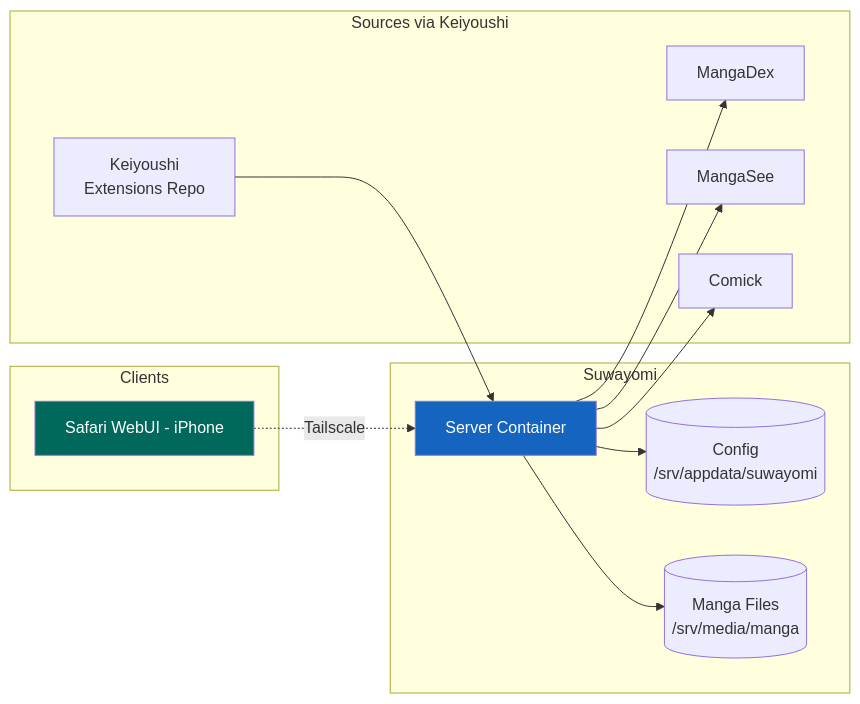
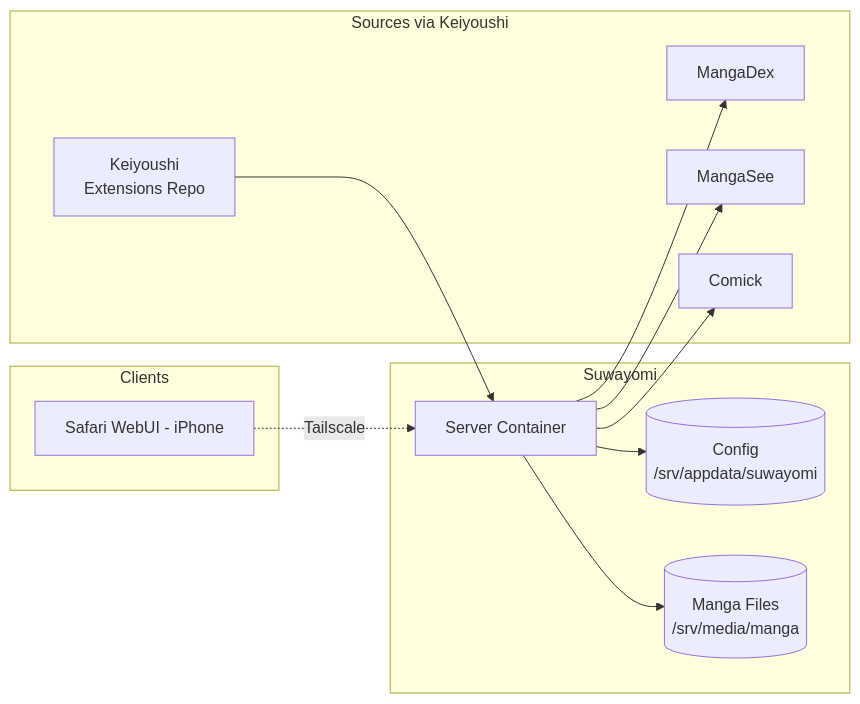
Before and after one commit to prateek11rai/sanji: the fourth of 6 diagrams in docs/blog/posts/ohara.md, drawn with Mermaid. The commit also changed other lines of this file and 11 other files, not shown here.

Commit message:
feat: add hermes agent blog post, agent writing rules, remove hardcoded mermaid styles

````diff
--- a/docs/blog/posts/ohara.md
+++ b/docs/blog/posts/ohara.md
@@ -314,30 +309,28 @@
 ```mermaid
 graph LR
     subgraph "Suwayomi"
         C[Server Container]
         S[(Config<br/>/srv/appdata/suwayomi)]
         M[(Manga Files<br/>/srv/media/manga)]
     end
     
     subgraph "Clients"
         W[Safari WebUI - iPhone]
     end
     
     subgraph "Sources via Keiyoushi"
         K[Keiyoushi<br/>Extensions Repo]
         MD[MangaDex]
         MS[MangaSee]
         CX[Comick]
     end
     
     C --> S
     C --> M
     W -. Tailscale .-> C
     K --> C
     C --> MD
     C --> MS
     C --> CX
     
-    style C fill:#1565c0,color:#fff
-    style W fill:#00695c,color:#fff
 ```
````
